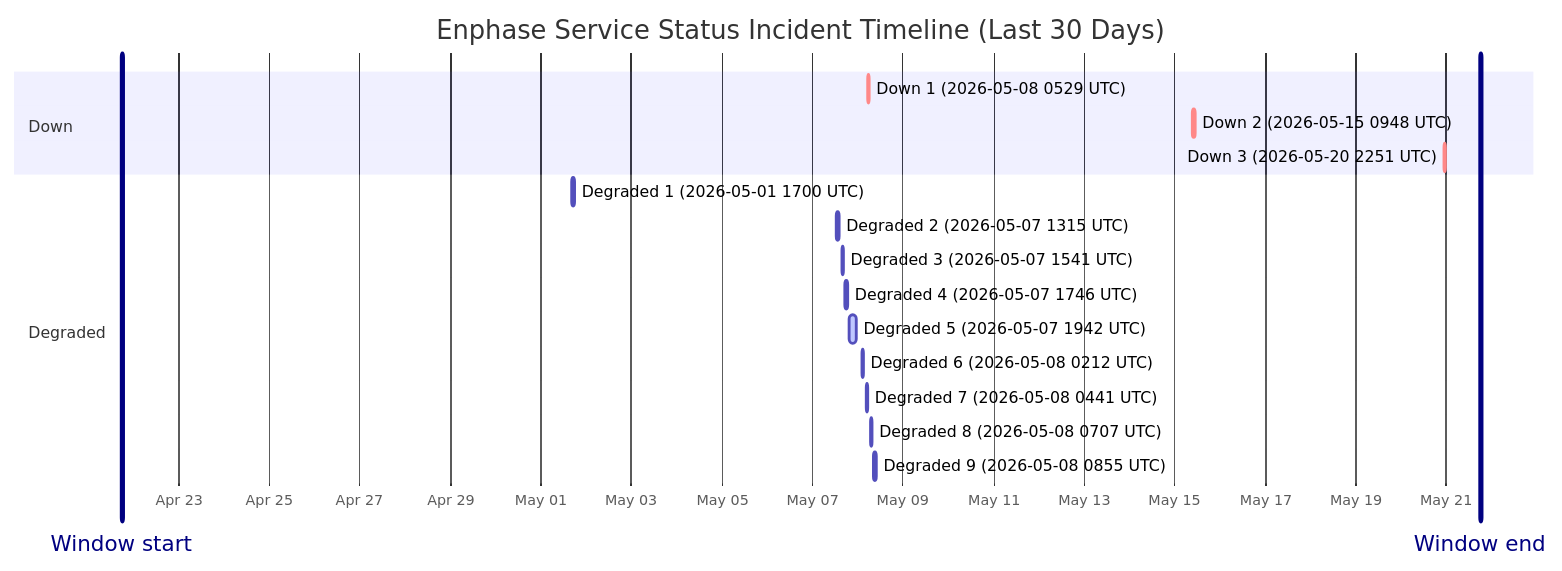
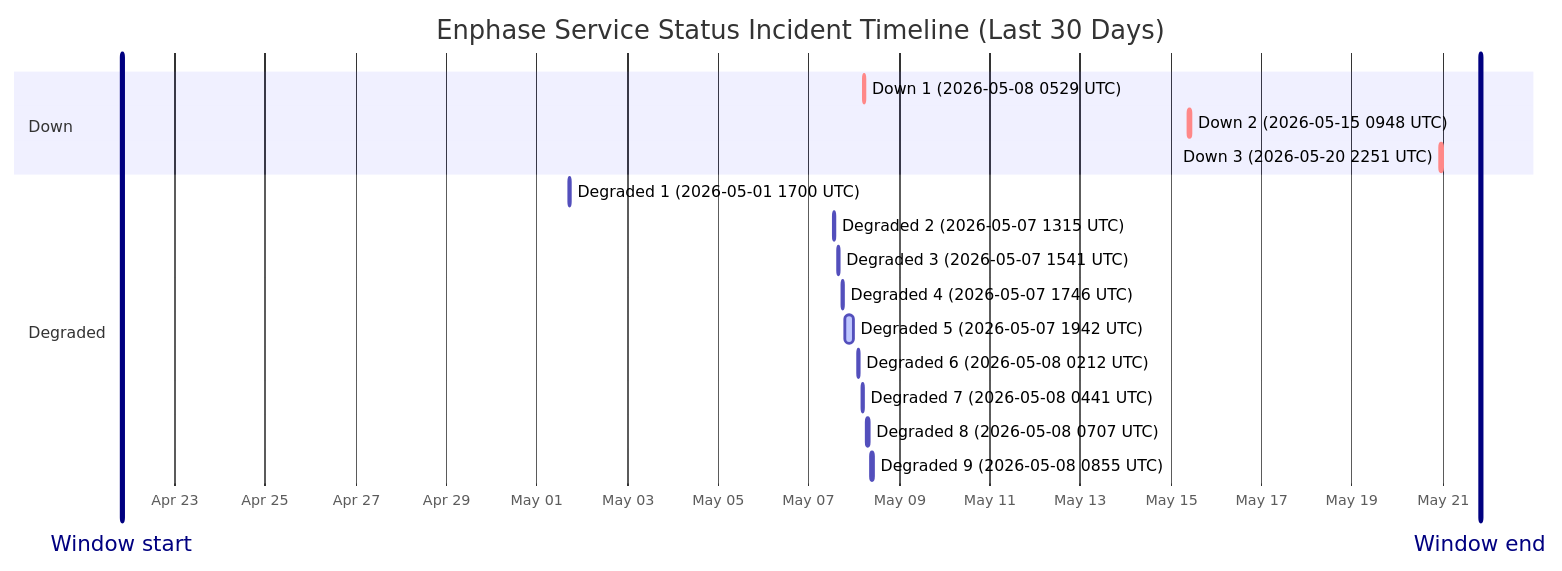
The diagram in wiki/Service-Status-History.md (barneyonline/ha-enphase-ev-charger), drawn with Mermaid before and after one commit. The commit also changed other lines of this file and 3 other files, not shown here.

````diff
--- a/wiki/Service-Status-History.md
+++ b/wiki/Service-Status-History.md
@@ -14,22 +14,22 @@
 ```mermaid
 gantt
     title Enphase Service Status Incident Timeline (Last 30 Days)
     dateFormat  YYYY-MM-DDTHH:mm:ss
     axisFormat  %b %d
-    Window start :vert, window-start, 2026-04-21T17:58:50, 0ms
-    Window end :vert, window-end, 2026-05-21T17:58:50, 0ms
+    Window start :vert, window-start, 2026-04-21T20:04:28, 0ms
+    Window end :vert, window-end, 2026-05-21T20:04:28, 0ms
     section Down
     Down 1 (2026-05-08 0529 UTC) :crit, down-1, 2026-05-08T05:29:47, 60m
     Down 2 (2026-05-15 0948 UTC) :crit, down-2, 2026-05-15T09:48:18, 60m
     Down 3 (2026-05-20 2251 UTC) :crit, down-3, 2026-05-20T22:51:14, 75m
     section Degraded
     Degraded 1 (2026-05-01 1700 UTC) :active, degraded-1, 2026-05-01T17:00:22, 60m
     Degraded 2 (2026-05-07 1315 UTC) :active, degraded-2, 2026-05-07T13:15:25, 60m
     Degraded 3 (2026-05-07 1541 UTC) :active, degraded-3, 2026-05-07T15:41:58, 60m
     Degraded 4 (2026-05-07 1746 UTC) :active, degraded-4, 2026-05-07T17:46:51, 60m
     Degraded 5 (2026-05-07 1942 UTC) :active, degraded-5, 2026-05-07T19:42:10, 249m
     Degraded 6 (2026-05-08 0212 UTC) :active, degraded-6, 2026-05-08T02:12:39, 60m
     Degraded 7 (2026-05-08 0441 UTC) :active, degraded-7, 2026-05-08T04:41:46, 60m
     Degraded 8 (2026-05-08 0707 UTC) :active, degraded-8, 2026-05-08T07:07:30, 60m
     Degraded 9 (2026-05-08 0855 UTC) :active, degraded-9, 2026-05-08T08:55:20, 88m
 ```
````
